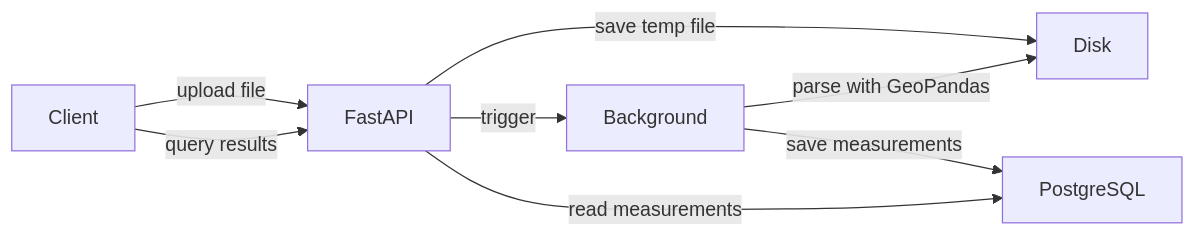
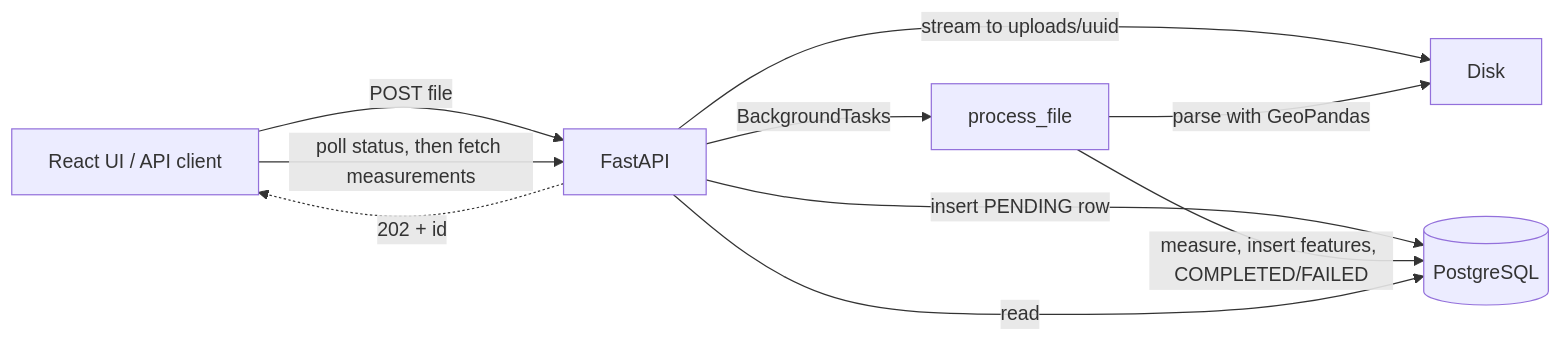
One commit to shivam-tamboli/geospatial-measurement-api changed the diagram in README.md. Above: the diagram before and after it, drawn with Mermaid. The commit also changed other lines of this file, not shown here.

Commit message:
docs: README audit fixes (merge architecture sections, group limitations, trim decisions)

````diff
--- a/README.md
+++ b/README.md
@@ -9,10 +52,12 @@
 ```mermaid
 flowchart LR
-    Client-->|upload file|FastAPI
-    FastAPI-->|save temp file|Disk
-    FastAPI-->|trigger|Background
-    Background-->|parse with GeoPandas|Disk
-    Background-->|save measurements|PostgreSQL
-    Client-->|query results|FastAPI
-    FastAPI-->|read measurements|PostgreSQL
+    UI[React UI / API client]-->|POST file|API[FastAPI]
+    API-->|stream to uploads/uuid|Disk
+    API-->|insert PENDING row|DB[(PostgreSQL)]
+    API-.->|202 + id|UI
+    API-->|BackgroundTasks|Worker[process_file]
+    Worker-->|parse with GeoPandas|Disk
+    Worker-->|measure, insert features, COMPLETED/FAILED|DB
+    UI-->|poll status, then fetch measurements|API
+    API-->|read|DB
 ```
````
